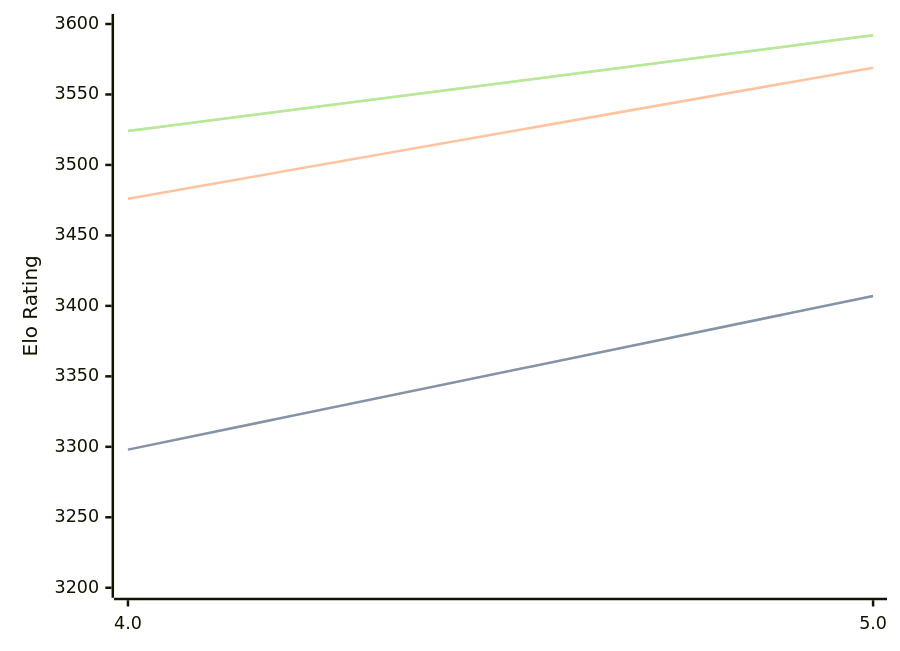
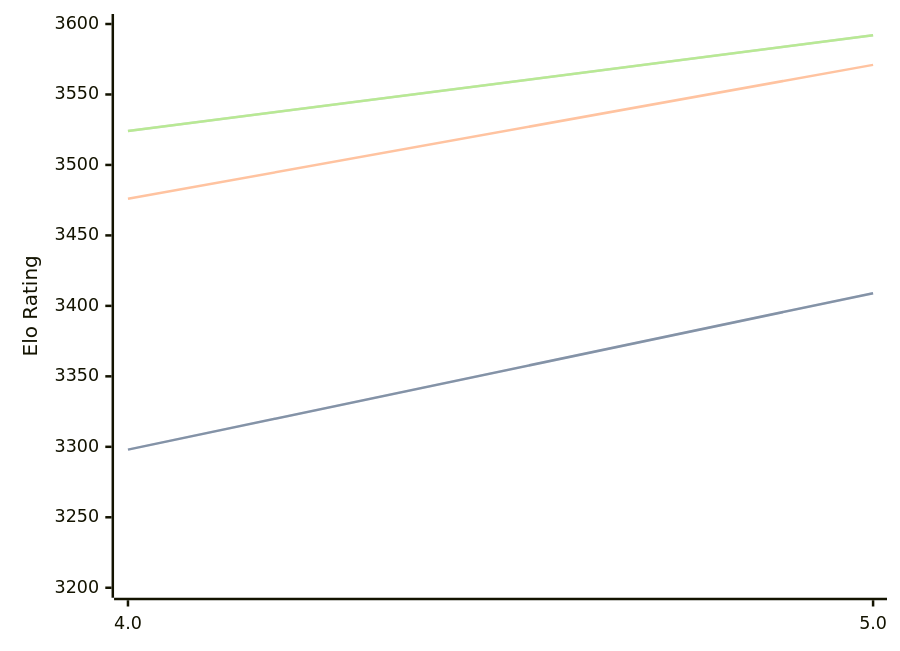
Before and after one commit to computer-chess-index/cci: the diagram in engines/Tarnished.md, drawn with Mermaid. The commit also changed other lines of this file, not shown here.

Commit message:
Update CCI Ratings (ELO VLTC) - 2026-05-03

````diff
--- a/engines/Tarnished.md
+++ b/engines/Tarnished.md
@@ -36,11 +36,11 @@
 ```mermaid
 %%{init: {"theme":"base","themeVariables":{"seriesColors:['#a3a3a3','#222221','#faa371']}}}%%
 xychart-beta
   x-axis ["4.0", "5.0"]
   y-axis "Elo Rating" 3200 --> 3600
-  line "STC (8.0+0.08s)" [3298, 3407]
-  line "STC (8.0+0.08s)" [3298, 3407]
-  line "LTC (60.0+0.60s)" [3476, 3569]
+  line "STC (8.0+0.08s)" [3298, 3409]
+  line "STC (8.0+0.08s)" [3298, 3409]
+  line "LTC (60.0+0.60s)" [3476, 3571]
   line "VLTC (2m24s+1.12s)" [3524, 3592]
   line "VLTC (2m24s+1.12s)" [3524, 3592]
 ```
````
